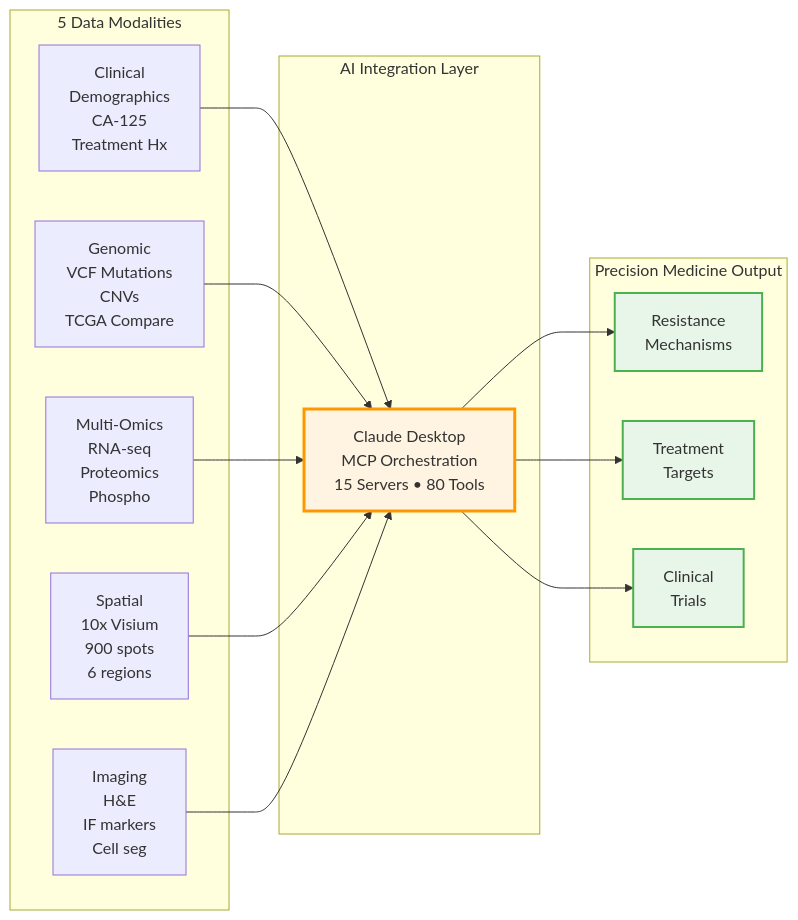
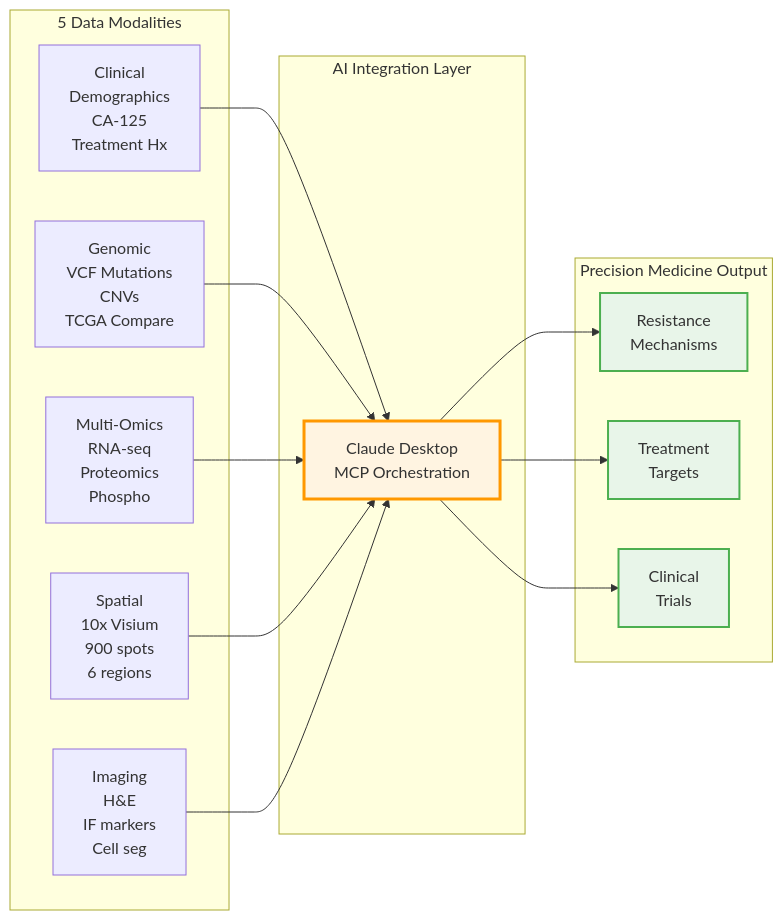
Before and after one commit to raymond301/precision-medicine-mcp: the diagram in docs/reference/testing/patient-one/overview.md, drawn with Mermaid. The commit also changed other lines of this file and 21 other files, not shown here.

Commit message:
simplify servers and tools counts

````diff
--- a/docs/reference/testing/patient-one/overview.md
+++ b/docs/reference/testing/patient-one/overview.md
@@ -11,35 +11,35 @@
 ```mermaid
 flowchart LR
     subgraph Input["5 Data Modalities"]
         CLIN[Clinical<br/>Demographics<br/>CA-125<br/>Treatment Hx]
         GEN[Genomic<br/>VCF Mutations<br/>CNVs<br/>TCGA Compare]
         OMICS[Multi-Omics<br/>RNA-seq<br/>Proteomics<br/>Phospho]
         SPAT[Spatial<br/>10x Visium<br/>900 spots<br/>6 regions]
         IMG[Imaging<br/>H&E<br/>IF markers<br/>Cell seg]
     end
 
     subgraph Integration["AI Integration Layer"]
-        CLAUDE[Claude Desktop<br/>MCP Orchestration<br/>15 Servers • 80 Tools]
+        CLAUDE[Claude Desktop<br/>MCP Orchestration]
     end
 
     subgraph Output["Precision Medicine Output"]
         RES[Resistance<br/>Mechanisms]
         TARGETS[Treatment<br/>Targets]
         TRIALS[Clinical<br/>Trials]
     end
 
     CLIN --> CLAUDE
     GEN --> CLAUDE
     OMICS --> CLAUDE
     SPAT --> CLAUDE
     IMG --> CLAUDE
 
     CLAUDE --> RES
     CLAUDE --> TARGETS
     CLAUDE --> TRIALS
 
     style CLAUDE fill:#fff4e1,stroke:#ff9800,stroke-width:3px
     style RES fill:#e8f5e9,stroke:#4caf50,stroke-width:2px
     style TARGETS fill:#e8f5e9,stroke:#4caf50,stroke-width:2px
     style TRIALS fill:#e8f5e9,stroke:#4caf50,stroke-width:2px
 ```
````
